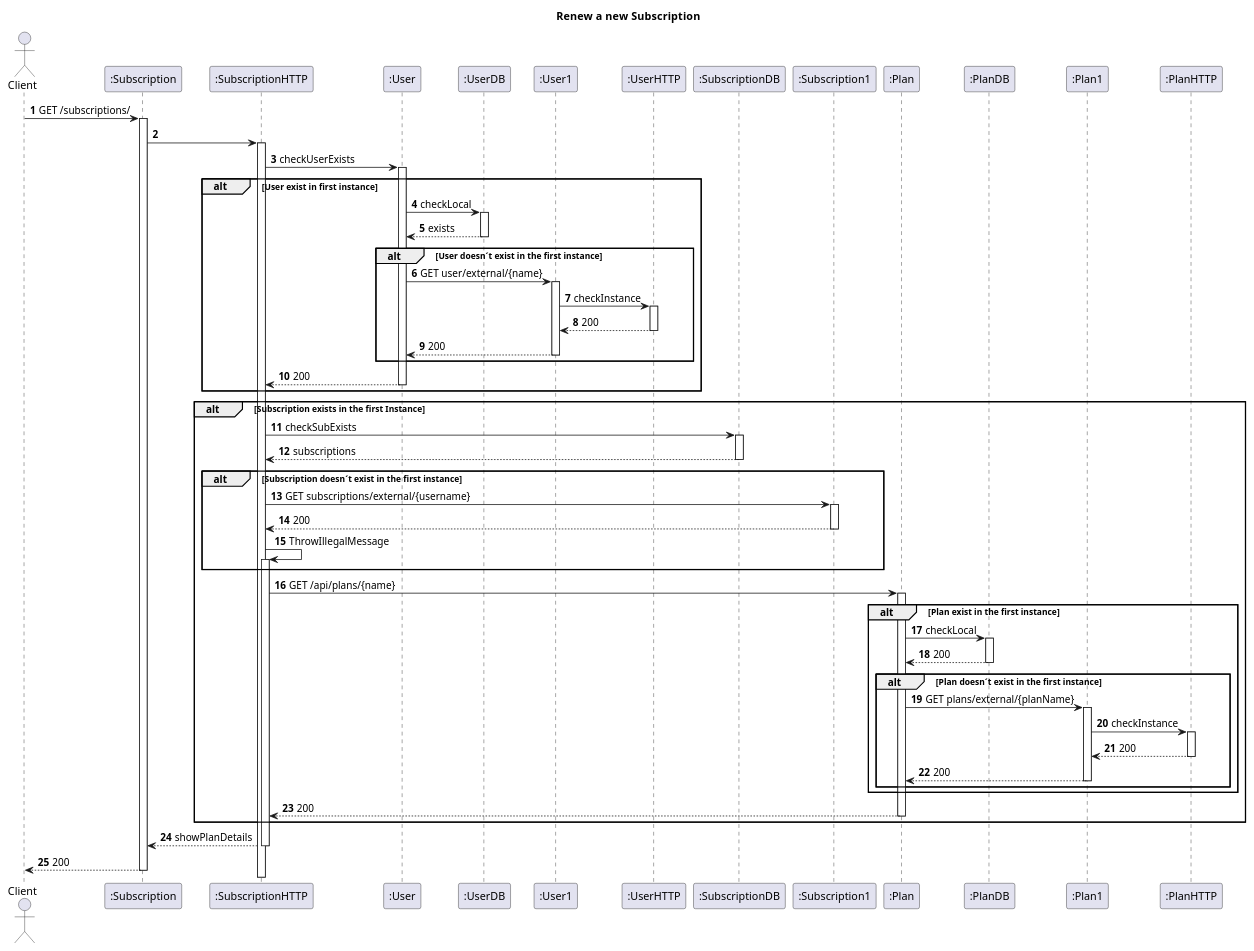
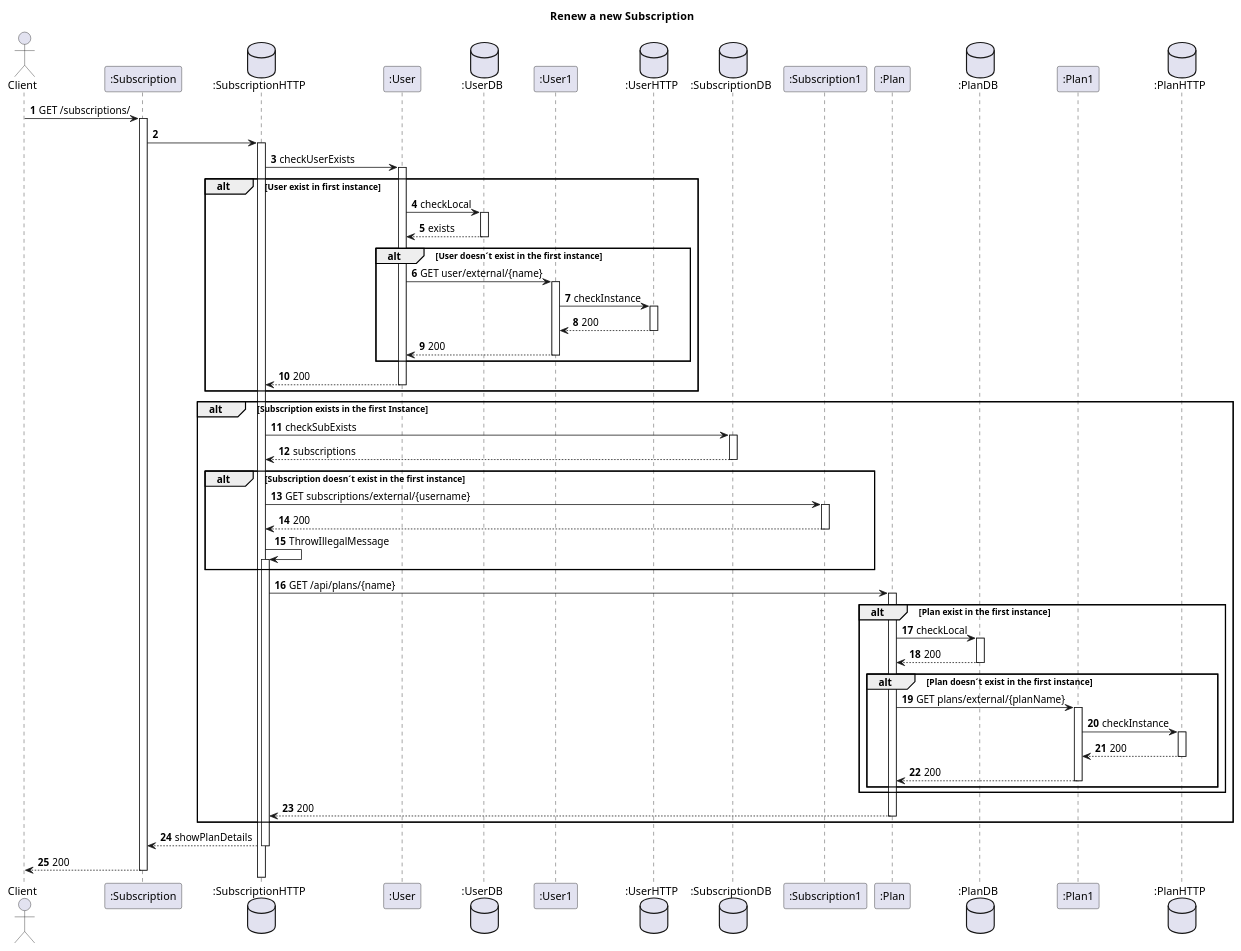
One commit to IsepMartimOliveira/SIDIS changed the diagram in docs_sidis/Subs/Vista Logica/N3/GetsSubsPlanInfo.puml. Above: the diagram before and after it, drawn with PlantUML. The commit also changed 13 other files, not shown here.

```diff
--- a/docs_sidis/Subs/Vista Logica/N3/GetsSubsPlanInfo.puml
+++ b/docs_sidis/Subs/Vista Logica/N3/GetsSubsPlanInfo.puml
@@ -1,64 +1,64 @@
 @startuml
 'https://plantuml.com/sequence-diagram
 autoactivate on
 autonumber
 title  Renew  a new Subscription
 
 autonumber
 
 actor "Client" as Ac
 participant ":Subscription" as Auth
-participant ":SubscriptionHTTP" as SHTTP
+database ":SubscriptionHTTP" as SHTTP
 participant ":User" as User
-participant ":UserDB" as UDB
+database ":UserDB" as UDB
 participant ":User1" as User1
-participant ":UserHTTP" as UHTTP
-participant ":SubscriptionDB" as SDB
+database ":UserHTTP" as UHTTP
+database ":SubscriptionDB" as SDB
 participant ":Subscription1" as Serv
 participant ":Plan" as Plan
-participant ":PlanDB" as PDB
+database ":PlanDB" as PDB
 participant ":Plan1" as Plan1
-participant ":PlanHTTP" as PHTTP
+database ":PlanHTTP" as PHTTP
 
 Ac->Auth:   GET /subscriptions/
 Auth->SHTTP:
 SHTTP->User:checkUserExists
 alt User exist in first instance
 User->UDB:checkLocal
 UDB-->User:exists
 alt User doesn´t exist in the first instance
 User->User1:GET user/external/{name}
 User1->UHTTP:checkInstance
 UHTTP-->User1:200
 User1-->User:200
 end
 User-->SHTTP:200
 
 end
 
 alt Subscription exists in the first Instance
 SHTTP->SDB:checkSubExists
 SDB-->SHTTP:subscriptions
 alt Subscription doesn´t exist in the first instance
 SHTTP->Serv:GET subscriptions/external/{username}
 Serv-->SHTTP:200
 SHTTP->SHTTP:ThrowIllegalMessage
 end
 SHTTP->Plan:GET /api/plans/{name}
 
 alt Plan exist in the first instance
 Plan->PDB:checkLocal
 PDB-->Plan:200
 alt Plan doesn´t exist in the first instance
 Plan->Plan1:GET plans/external/{planName}
 Plan1->PHTTP:checkInstance
 PHTTP-->Plan1:200
 Plan1-->Plan:200
 end
 end
 Plan-->SHTTP:200
 end
 SHTTP-->Auth:showPlanDetails
 
 Auth-->Ac:200
 @enduml
```
